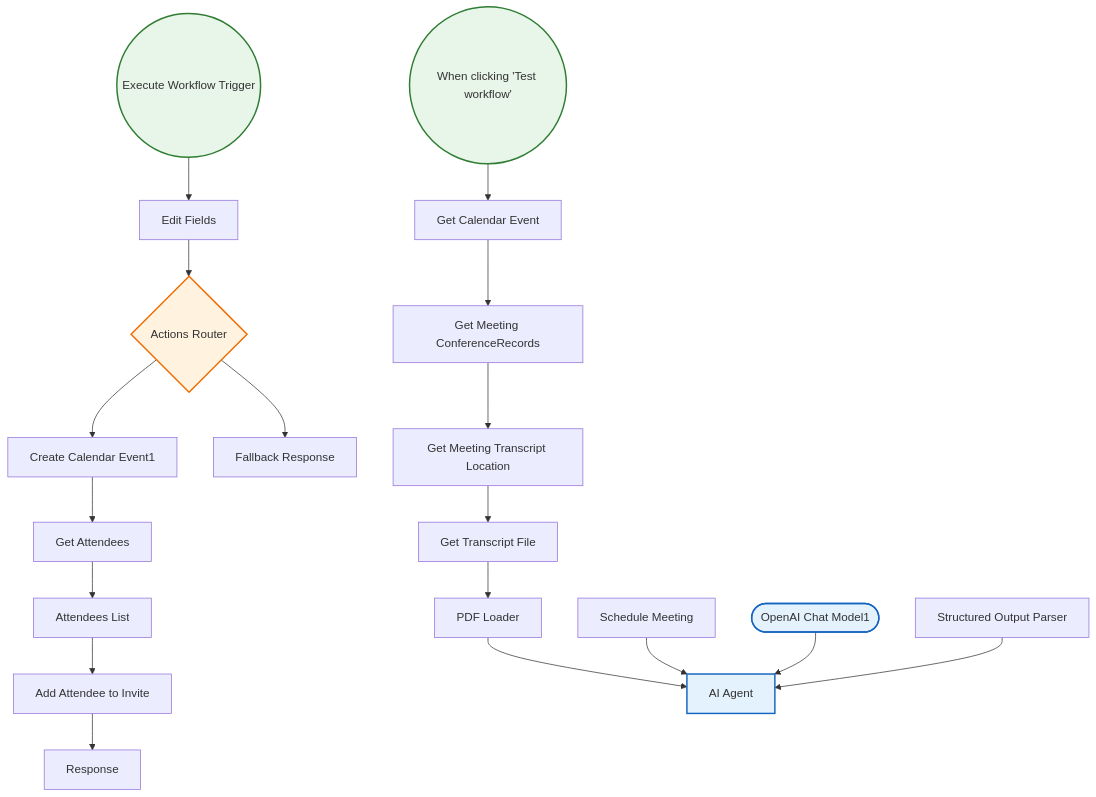
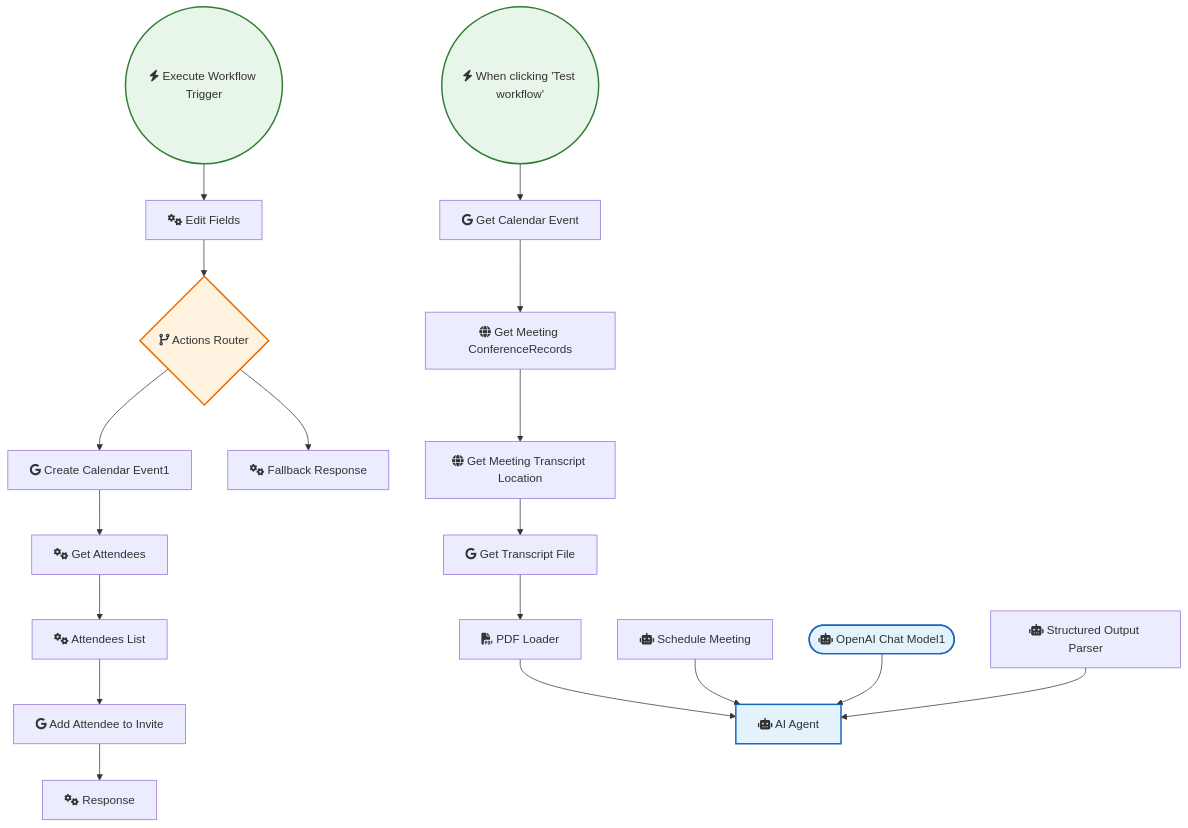
Before and after one commit to sreyash3105/N8N-DEMO-AUTOMATIONS: the diagram in OpenAI_and_LLMs/Actioning Your Meeting Next Steps using Transcripts and AI.md, drawn with Mermaid. The commit also changed 291 other files, not shown here.

````diff
--- a/OpenAI_and_LLMs/Actioning Your Meeting Next Steps using Transcripts and AI.md
+++ b/OpenAI_and_LLMs/Actioning Your Meeting Next Steps using Transcripts and AI.md
@@ -1,44 +1,44 @@
 ```mermaid
 graph TD
     classDef trigger fill:#e8f5e9,stroke:#2e7d32,stroke-width:2px;
     classDef ai fill:#e3f2fd,stroke:#1565c0,stroke-width:2px;
     classDef logic fill:#fff3e0,stroke:#ef6c00,stroke-width:2px;
 
-    OpenAI_Chat_Model1(["OpenAI Chat Model1"]):::ai
-    Get_Meeting_ConferenceRecords["Get Meeting ConferenceRecords"]
-    Get_Meeting_Transcript_Location["Get Meeting Transcript Location"]
-    Get_Transcript_File["Get Transcript File"]
-    When_clicking__Test_workflow_(("When clicking 'Test workflow'")):::trigger
-    PDF_Loader["PDF Loader"]
-    Get_Calendar_Event["Get Calendar Event"]
-    Structured_Output_Parser["Structured Output Parser"]
-    Execute_Workflow_Trigger(("Execute Workflow Trigger")):::trigger
-    Response["Response"]
-    Edit_Fields["Edit Fields"]
-    Fallback_Response["Fallback Response"]
-    Actions_Router{"Actions Router"}:::logic
-    Get_Attendees["Get Attendees"]
-    Attendees_List["Attendees List"]
-    Add_Attendee_to_Invite["Add Attendee to Invite"]
-    Create_Calendar_Event1["Create Calendar Event1"]
-    Schedule_Meeting["Schedule Meeting"]
-    AI_Agent["AI Agent"]:::ai
+    OpenAI_Chat_Model1(["fas:fa-robot OpenAI Chat Model1"]):::ai
+    Get_Meeting_ConferenceRecords["fas:fa-globe Get Meeting ConferenceRecords"]
+    Get_Meeting_Transcript_Location["fas:fa-globe Get Meeting Transcript Location"]
+    Get_Transcript_File["fab:fa-google Get Transcript File"]
+    When_clicking__Test_workflow_(("fas:fa-bolt When clicking 'Test workflow'")):::trigger
+    PDF_Loader["fas:fa-file-pdf PDF Loader"]
+    Get_Calendar_Event["fab:fa-google Get Calendar Event"]
+    Structured_Output_Parser["fas:fa-robot Structured Output Parser"]
+    Execute_Workflow_Trigger(("fas:fa-bolt Execute Workflow Trigger")):::trigger
+    Response["fas:fa-cogs Response"]
+    Edit_Fields["fas:fa-cogs Edit Fields"]
+    Fallback_Response["fas:fa-cogs Fallback Response"]
+    Actions_Router{"fas:fa-code-branch Actions Router"}:::logic
+    Get_Attendees["fas:fa-cogs Get Attendees"]
+    Attendees_List["fas:fa-cogs Attendees List"]
+    Add_Attendee_to_Invite["fab:fa-google Add Attendee to Invite"]
+    Create_Calendar_Event1["fab:fa-google Create Calendar Event1"]
+    Schedule_Meeting["fas:fa-robot Schedule Meeting"]
+    AI_Agent["fas:fa-robot AI Agent"]:::ai
 
     PDF_Loader --> AI_Agent
     Edit_Fields --> Actions_Router
     Get_Attendees --> Attendees_List
     Actions_Router --> Create_Calendar_Event1
     Actions_Router --> Fallback_Response
     Attendees_List --> Add_Attendee_to_Invite
     Schedule_Meeting --> AI_Agent
     Get_Calendar_Event --> Get_Meeting_ConferenceRecords
     OpenAI_Chat_Model1 --> AI_Agent
     Get_Transcript_File --> PDF_Loader
     Add_Attendee_to_Invite --> Response
     Create_Calendar_Event1 --> Get_Attendees
     Execute_Workflow_Trigger --> Edit_Fields
     Structured_Output_Parser --> AI_Agent
     Get_Meeting_ConferenceRecords --> Get_Meeting_Transcript_Location
     When_clicking__Test_workflow_ --> Get_Calendar_Event
     Get_Meeting_Transcript_Location --> Get_Transcript_File
 ```
````
